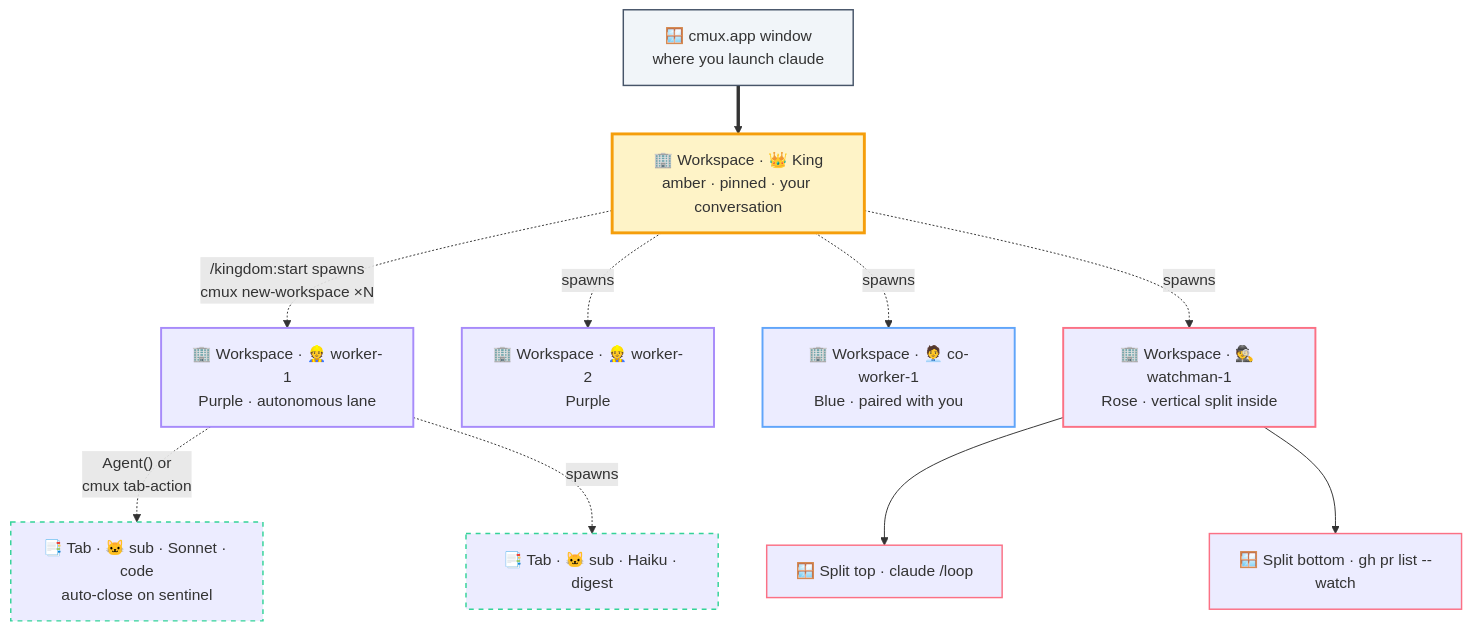
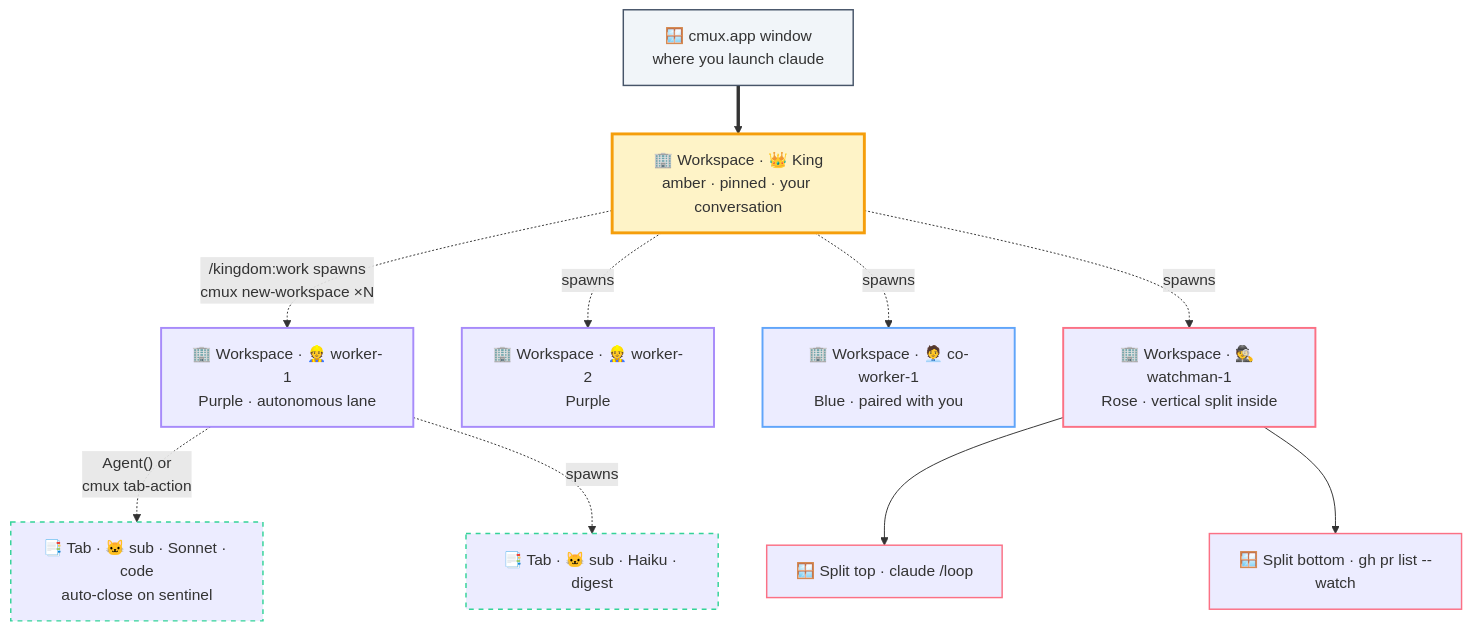
Before and after one commit to chatthong/kingdom: the second of 2 diagrams in docs/cmux-integration.md, drawn with Mermaid. The commit also changed other lines of this file and 24 other files, not shown here.

````diff
--- a/docs/cmux-integration.md
+++ b/docs/cmux-integration.md
@@ -54,31 +54,31 @@
 ```mermaid
 graph TB
     W[🪟 cmux.app window<br/>where you launch claude]
     W ==> K[🏢 Workspace · 👑 King<br/>amber · pinned · your conversation]
 
-    K -.->|"/kingdom:start spawns<br/>cmux new-workspace ×N"| M1[🏢 Workspace · 👷 worker-1<br/>Purple · autonomous lane]
+    K -.->|"/kingdom:work spawns<br/>cmux new-workspace ×N"| M1[🏢 Workspace · 👷 worker-1<br/>Purple · autonomous lane]
     K -.->|spawns| M2[🏢 Workspace · 👷 worker-2<br/>Purple]
     K -.->|spawns| CW[🏢 Workspace · 🧑‍💼 co-worker-1<br/>Blue · paired with you]
     K -.->|spawns| WM[🏢 Workspace · 🕵️ watchman-1<br/>Rose · vertical split inside]
 
     M1 -.->|"Agent() or<br/>cmux tab-action"| T1[📑 Tab · 🐱 sub · Sonnet · code<br/>auto-close on sentinel]
     M1 -.->|spawns| T2[📑 Tab · 🐱 sub · Haiku · digest]
     WM --> S1[🪟 Split top · claude /loop]
     WM --> S2[🪟 Split bottom · gh pr list --watch]
 
     classDef window fill:#f1f5f9,stroke:#475569,stroke-width:1.5px
     classDef king fill:#fef3c7,stroke:#f59e0b,stroke-width:3px
     classDef opus stroke:#a78bfa,stroke-width:2px
     classDef blue stroke:#60a5fa,stroke-width:2px
     classDef rose stroke:#fb7185,stroke-width:2px
     classDef tab stroke:#34d399,stroke-width:1.5px,stroke-dasharray:5 5
     classDef split stroke:#fb7185,stroke-width:1.5px
 
     class W window
     class K king
     class M1,M2 opus
     class CW blue
     class WM rose
     class T1,T2 tab
     class S1,S2 split
 ```
````
